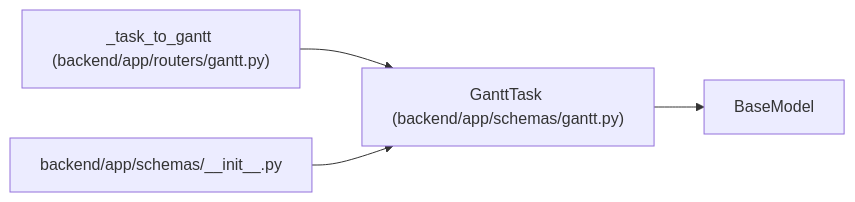
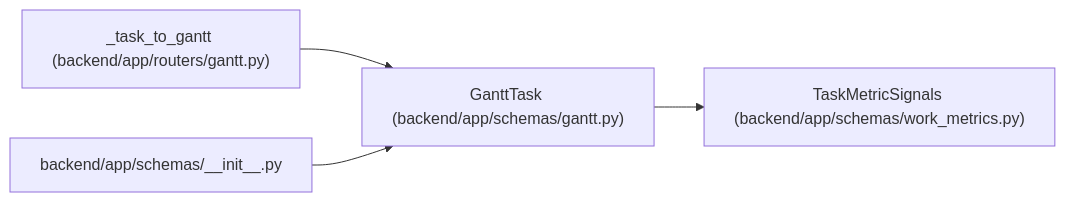
The diagram in docs/llm_wiki/entities/schemas_gantt_GanttTask.md (Denissvgn/WorkChord), drawn with Mermaid before and after one commit. The commit also changed other lines of this file and 958 other files, not shown here.

First line of the commit message:
docs(wiki): refresh identity and recovery architecture

````diff
--- a/docs/llm_wiki/entities/schemas_gantt_GanttTask.md
+++ b/docs/llm_wiki/entities/schemas_gantt_GanttTask.md
@@ -52,13 +52,14 @@
 ```mermaid
 flowchart LR
     n0["GanttTask (backend/app/schemas/gantt.py)"]
-    n1["BaseModel"]
+    n1["TaskMetricSignals (backend/app/schemas/work_metrics.py)"]
     n2["_task_to_gantt (backend/app/routers/gantt.py)"]
     n3["backend/app/schemas/__init__.py"]
     n0 --> n1
     n2 --> n0
     n3 --> n0
     click n0 "../modules/schemas_gantt.md"
+    click n1 "../modules/schemas_work_metrics.md"
     click n2 "../modules/routers_gantt.md"
     click n3 "../modules/schemas___init__.md"
 ```
````
